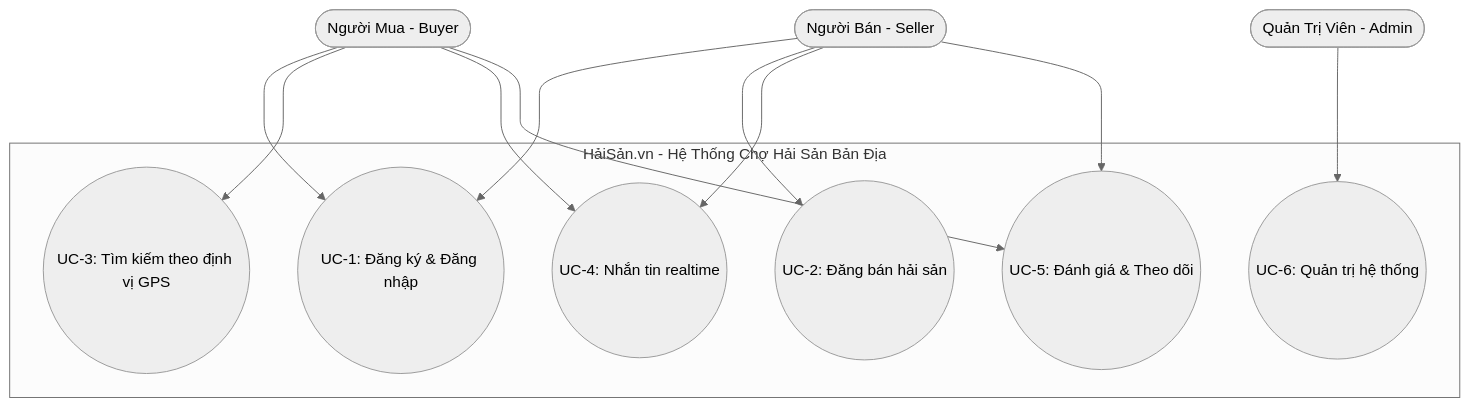
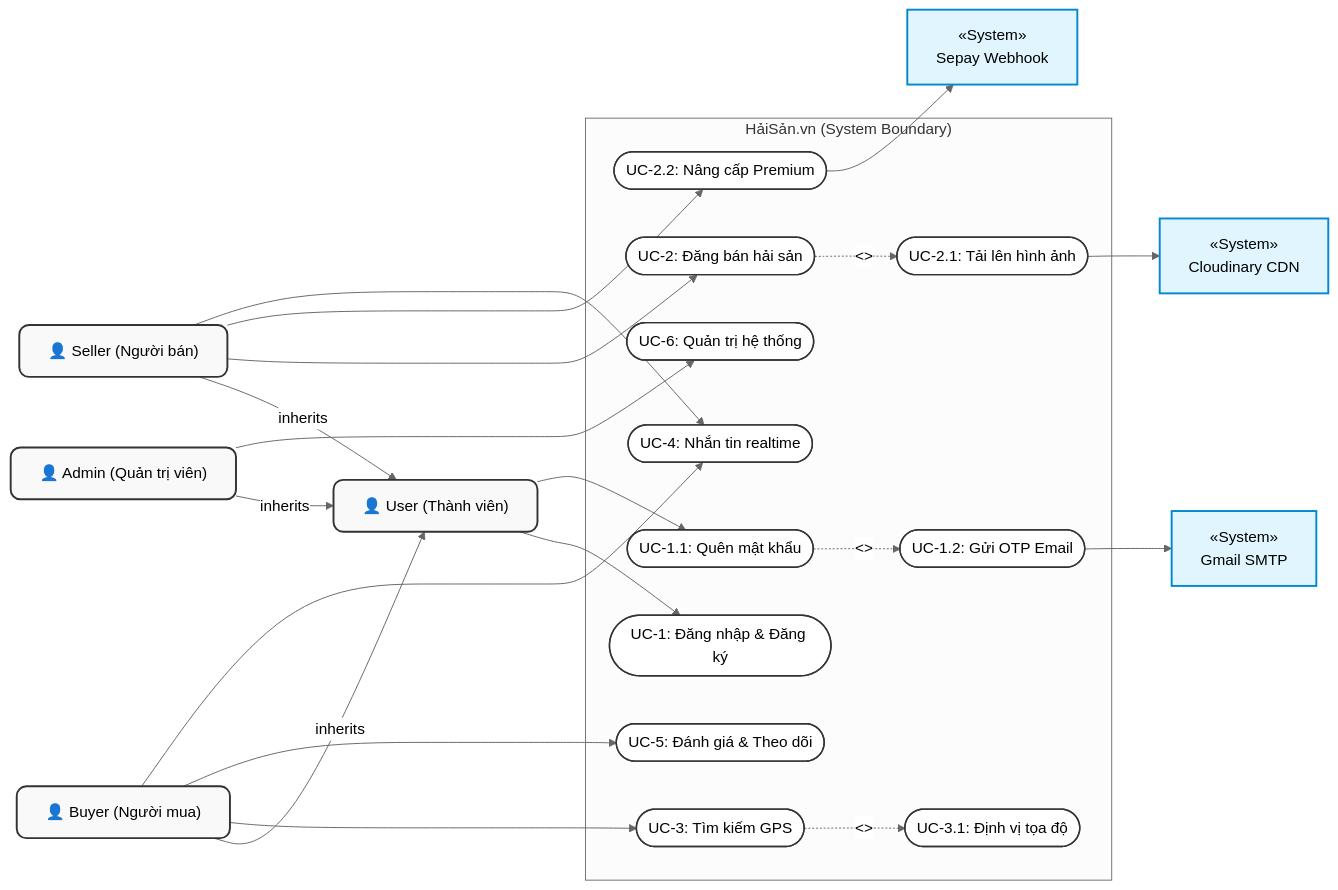
The first of 2 diagrams in docs/MIDTERM_PROGRESS_REPORT_PLAN.md (fptu-se-su26/swp391-su26-ai-audit-project-swp391_se20a04_group-06), drawn with Mermaid (neutral theme) before and after one commit. The commit also changed other lines of this file, not shown here.

Commit message:
docs: add database ERD and update Use Case diagram to UML standard

````diff
--- a/docs/MIDTERM_PROGRESS_REPORT_PLAN.md
+++ b/docs/MIDTERM_PROGRESS_REPORT_PLAN.md
@@ -50,30 +50,63 @@
 ```mermaid
-flowchart TD
-    subgraph HeThong ["HảiSản.vn - Hệ Thống Chợ Hải Sản Bản Địa"]
-        UC1((UC-1: Đăng ký & Đăng nhập))
-        UC2((UC-2: Đăng bán hải sản))
-        UC3((UC-3: Tìm kiếm theo định vị GPS))
-        UC4((UC-4: Nhắn tin realtime))
-        UC5((UC-5: Đánh giá & Theo dõi))
-        UC6((UC-6: Quản trị hệ thống))
+flowchart LR
+    %% Actors definition
+    classDef actor fill:#f9f9f9,stroke:#333,stroke-width:2px,rx:10px;
+    classDef system fill:#e1f5fe,stroke:#0288d1,stroke-width:2px;
+    classDef usecase fill:#fff,stroke:#333,stroke-width:1.5px,rx:30px;
+
+    User["👤 User (Thành viên)"]:::actor
+    Buyer["👤 Buyer (Người mua)"]:::actor
+    Seller["👤 Seller (Người bán)"]:::actor
+    Admin["👤 Admin (Quản trị viên)"]:::actor
+    
+    Sepay["«System»\nSepay Webhook"]:::system
+    Cloudinary["«System»\nCloudinary CDN"]:::system
+    EmailSys["«System»\nGmail SMTP"]:::system
+
+    %% Generalization (Kế thừa actor)
+    Buyer -- inherits --> User
+    Seller -- inherits --> User
+    Admin -- inherits --> User
+
+    subgraph SystemBoundary ["HảiSản.vn (System Boundary)"]
+        UC_Auth([UC-1: Đăng nhập & Đăng ký]):::usecase
+        UC_Forgot([UC-1.1: Quên mật khẩu]):::usecase
+        UC_SendOTP([UC-1.2: Gửi OTP Email]):::usecase
+        
+        UC_CreateProduct([UC-2: Đăng bán hải sản]):::usecase
+        UC_UploadImg([UC-2.1: Tải lên hình ảnh]):::usecase
+        UC_UpgradePremium([UC-2.2: Nâng cấp Premium]):::usecase
+        
+        UC_Explore([UC-3: Tìm kiếm GPS]):::usecase
+        UC_VerifyGPS([UC-3.1: Định vị tọa độ]):::usecase
+        
+        UC_Chat([UC-4: Nhắn tin realtime]):::usecase
+        UC_Review([UC-5: Đánh giá & Theo dõi]):::usecase
+        UC_Admin([UC-6: Quản trị hệ thống]):::usecase
     end
 
-    Buyer([Người Mua - Buyer])
-    Seller([Người Bán - Seller])
-    Admin([Quản Trị Viên - Admin])
+    %% Links between Actors and Use Cases
+    User --> UC_Auth
+    User --> UC_Forgot
+    
+    Buyer --> UC_Explore
+    Buyer --> UC_Review
+    
+    Seller --> UC_CreateProduct
+    Seller --> UC_UpgradePremium
+    
+    Buyer --> UC_Chat
+    Seller --> UC_Chat
+    
+    Admin --> UC_Admin
 
-    %% Mối liên kết của Người Mua
-    Buyer ---> UC1
-    Buyer ---> UC3
-    Buyer ---> UC4
-    Buyer ---> UC5
-
-    %% Mối liên kết của Người Bán
-    Seller ---> UC1
-    Seller ---> UC2
-    Seller ---> UC4
-    Seller ---> UC5
-
-    %% Mối liên kết của Admin
-    Admin ---> UC6
+    %% Include / Extend relationships
+    UC_Forgot -. "<<include>>" .-> UC_SendOTP
+    UC_CreateProduct -. "<<include>>" .-> UC_UploadImg
+    UC_Explore -. "<<include>>" .-> UC_VerifyGPS
+    
+    %% Connections to external systems
+    UC_SendOTP --> EmailSys
+    UC_UploadImg --> Cloudinary
+    UC_UpgradePremium --> Sepay
 ```
````
